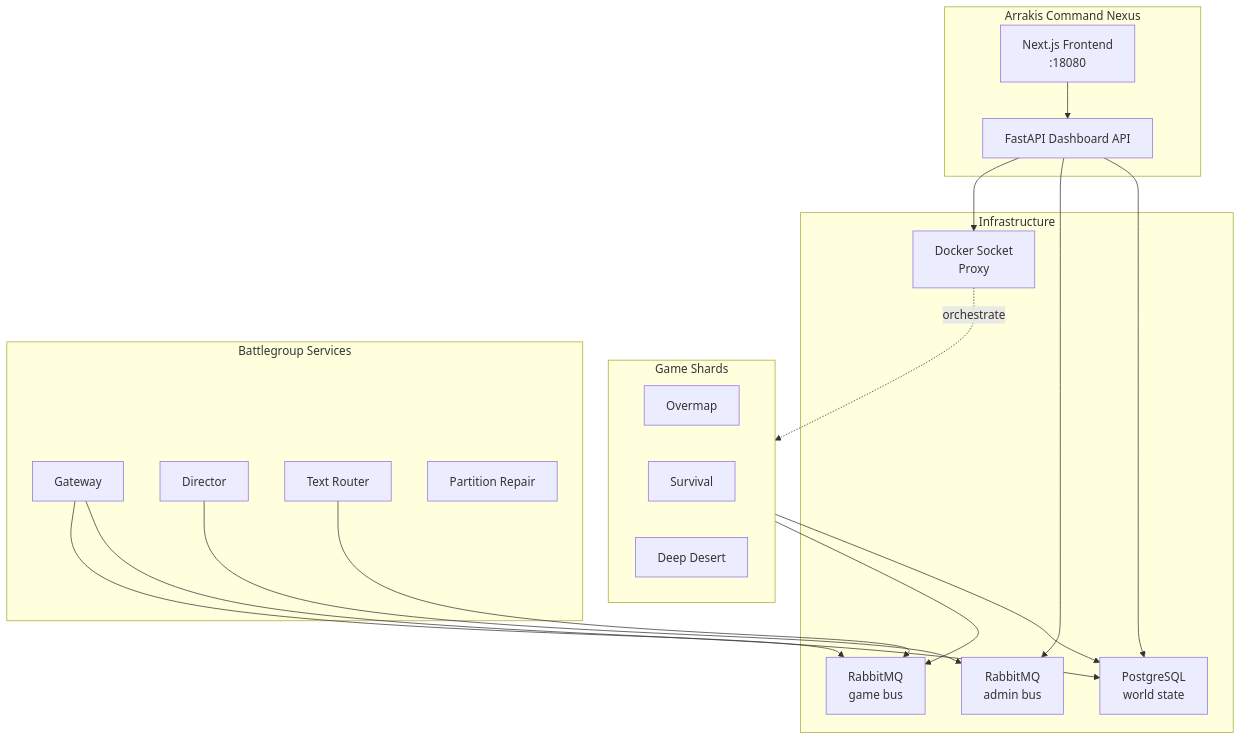
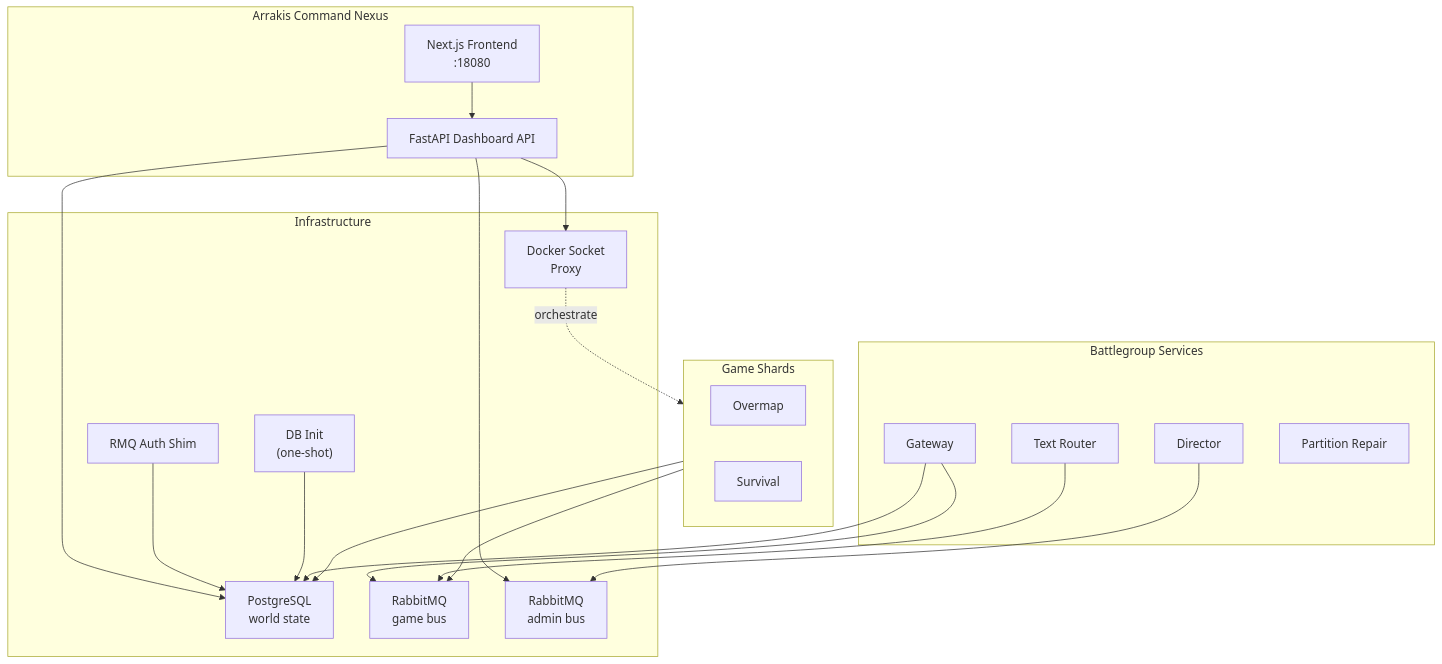
The diagram in README.md (Manaiakalani/arrakis-command-nexus), drawn with Mermaid before and after one commit. The commit also changed 1 other file, not shown here.

Commit message:
audit: fix setup.sh stale env vars, update architecture diagram
- setup.sh: remove stale POSTGRES_USER, RABBITMQ_DEFAULT_USER/PASS from
  default template; use DUNE_RMQ_MANAGEMENT_PASSWORD instead; add
  RMQ_HTTP_TOKEN_AUTH_SECRET; use 'change-me-*' prefix pattern matching
- README: add rmq-auth-shim and db-init to Mermaid architecture diagram;
  remove Deep Desert from basic profile diagram (only in standard/full)
- Security scan: no secrets, real IPs, or credentials in tracked files
- All doc links verified pointing to existing files

````diff
--- a/README.md
+++ b/README.md
@@ -111,42 +111,45 @@
 ```mermaid
 flowchart TB
     subgraph dashboard["Arrakis Command Nexus"]
         FE["Next.js Frontend\n:18080"]
         API["FastAPI Dashboard API"]
     end
 
     FE --> API
 
     subgraph infra["Infrastructure"]
         PG["PostgreSQL\nworld state"]
         RMQ_G["RabbitMQ\ngame bus"]
         RMQ_A["RabbitMQ\nadmin bus"]
         DSP["Docker Socket\nProxy"]
+        SHIM["RMQ Auth Shim"]
+        DBINIT["DB Init\n(one-shot)"]
     end
 
     API --> PG
     API --> RMQ_A
     API --> DSP
+    SHIM --> PG
+    DBINIT --> PG
 
     subgraph battlegroup["Battlegroup Services"]
         GW["Gateway"]
         DIR["Director"]
         TR["Text Router"]
         PR["Partition Repair"]
     end
 
     GW --> PG
     GW --> RMQ_G
     DIR --> RMQ_A
     TR --> RMQ_G
 
     subgraph shards["Game Shards"]
         OV["Overmap"]
         SV["Survival"]
-        DD["Deep Desert"]
     end
 
     DSP -.->|orchestrate| shards
     shards --> PG
     shards --> RMQ_G
 ```
````
